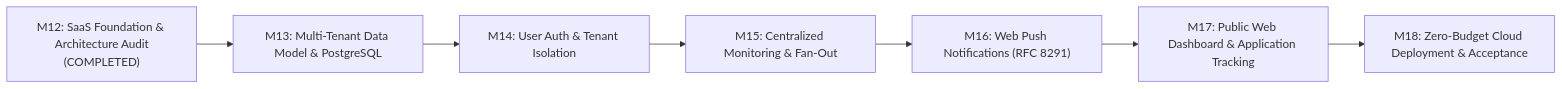
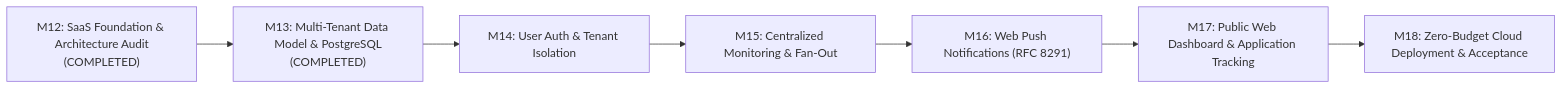
One commit to aadesh-2006/HawkOffer changed the diagram in docs/SAAS_ROADMAP.md. Above: the diagram before and after it, drawn with Mermaid. The commit also changed other lines of this file and 30 other files, not shown here.

Commit message:
feat(database): M13 multi-tenant data model and dual-dialect PostgreSQL foundation

````diff
--- a/docs/SAAS_ROADMAP.md
+++ b/docs/SAAS_ROADMAP.md
@@ -12,9 +12,9 @@
 ```mermaid
 flowchart LR
-    M12["M12: SaaS Foundation & Architecture Audit<br/>(COMPLETED)"] --> M13["M13: Multi-Tenant Data Model & PostgreSQL"]
+    M12["M12: SaaS Foundation & Architecture Audit<br/>(COMPLETED)"] --> M13["M13: Multi-Tenant Data Model & PostgreSQL<br/>(COMPLETED)"]
     M13 --> M14["M14: User Auth & Tenant Isolation"]
     M14 --> M15["M15: Centralized Monitoring & Fan-Out"]
     M15 --> M16["M16: Web Push Notifications (RFC 8291)"]
     M16 --> M17["M17: Public Web Dashboard & Application Tracking"]
     M17 --> M18["M18: Zero-Budget Cloud Deployment & Acceptance"]
 ```
````
